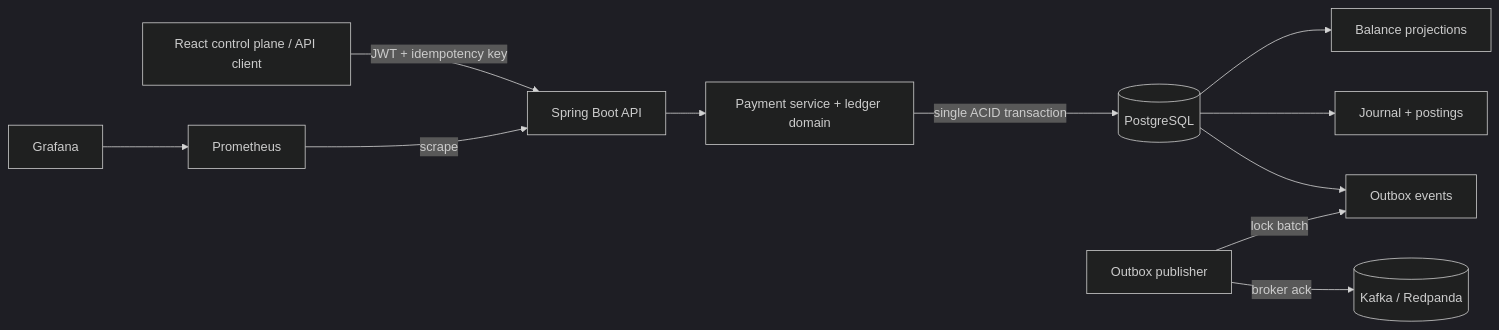
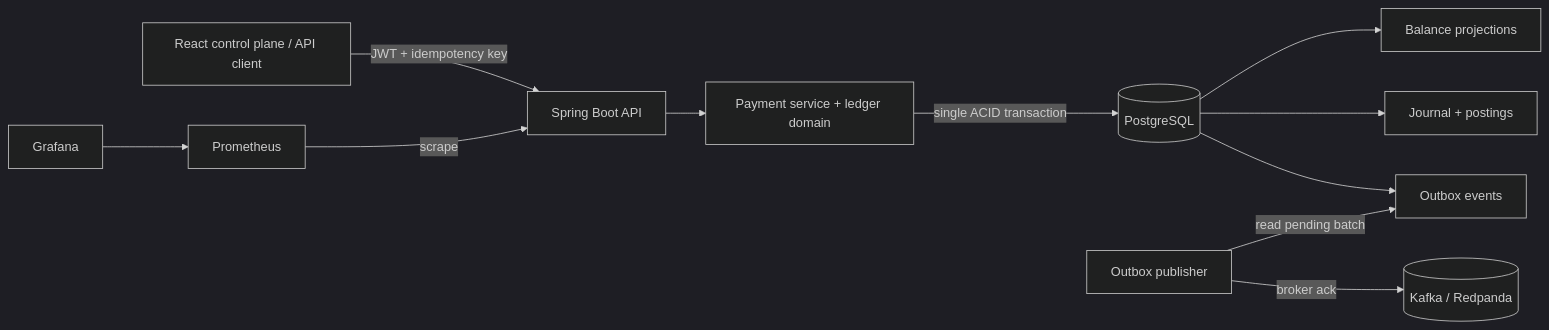
The diagram in README.md (Mohamedajab/clearledger), drawn with Mermaid (dark theme) before and after one commit. The commit also changed other lines of this file and 8 other files, not shown here.

````diff
--- a/README.md
+++ b/README.md
@@ -34,13 +36,13 @@
 ```mermaid
 flowchart LR
   Client[React control plane / API client] -->|JWT + idempotency key| API[Spring Boot API]
   API --> Domain[Payment service + ledger domain]
   Domain -->|single ACID transaction| PG[(PostgreSQL)]
   PG --> Accounts[Balance projections]
   PG --> Journal[Journal + postings]
   PG --> Outbox[Outbox events]
-  Worker[Outbox publisher] -->|lock batch| Outbox
+  Worker[Outbox publisher] -->|read pending batch| Outbox
   Worker -->|broker ack| Kafka[(Kafka / Redpanda)]
   Prom[Prometheus] -->|scrape| API
   Grafana[Grafana] --> Prom
 ```
````
